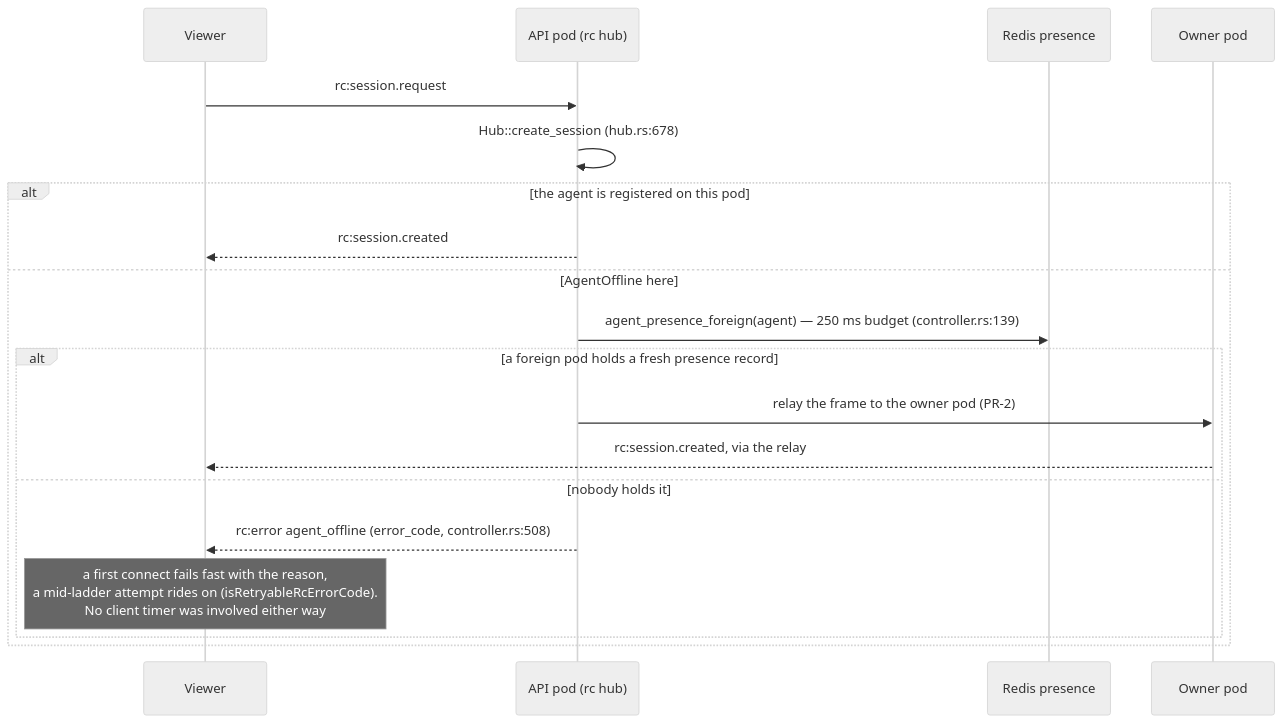
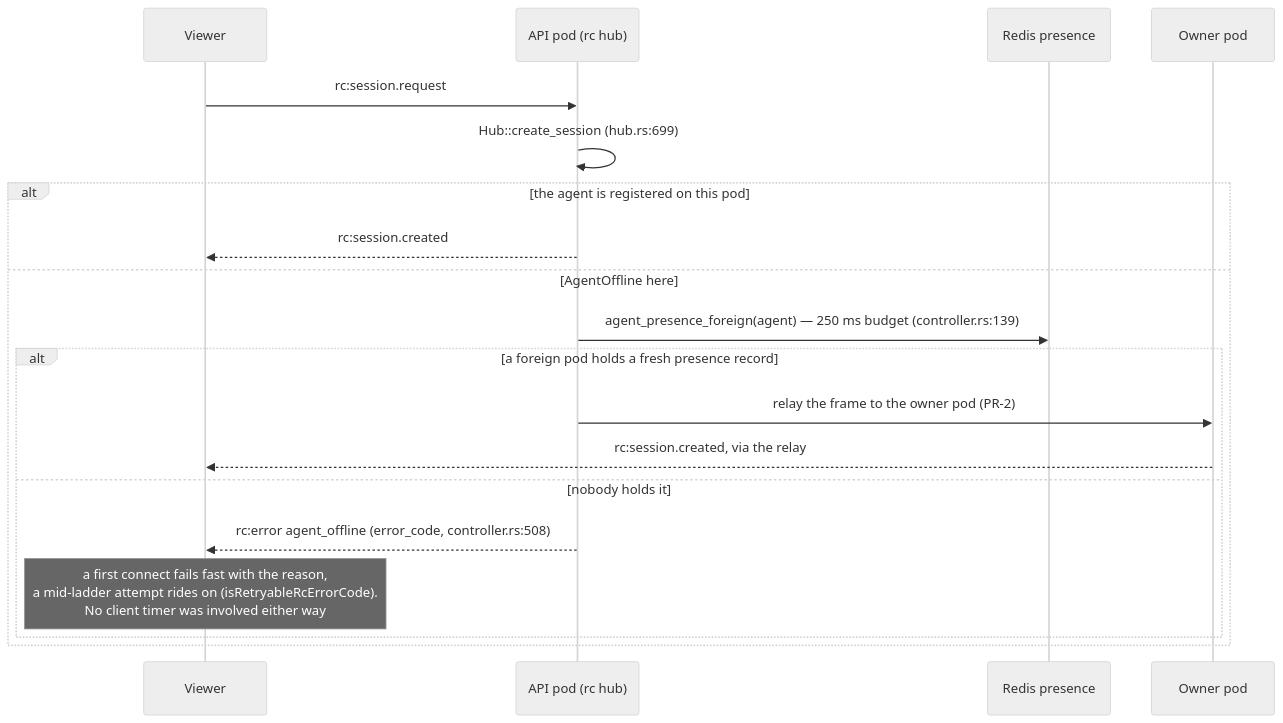
Diagram 17 of 26 in docs/remote-control.md (gjovanov/roomler-ai), drawn with Mermaid (neutral theme) before and after one commit. The commit also changed other lines of this file and 49 other files, not shown here.

````diff
--- a/docs/remote-control.md
+++ b/docs/remote-control.md
@@ -2017,21 +2036,21 @@
 ```mermaid
 sequenceDiagram
     participant V as Viewer
     participant P as API pod (rc hub)
     participant R as Redis presence
     participant O as Owner pod
     V->>P: rc:session.request
-    P->>P: Hub::create_session (hub.rs:678)
+    P->>P: Hub::create_session (hub.rs:699)
     alt the agent is registered on this pod
         P-->>V: rc:session.created
     else AgentOffline here
         P->>R: agent_presence_foreign(agent) — 250 ms budget (controller.rs:139)
         alt a foreign pod holds a fresh presence record
             P->>O: relay the frame to the owner pod (PR-2)
             O-->>V: rc:session.created, via the relay
         else nobody holds it
             P-->>V: rc:error agent_offline (error_code, controller.rs:508)
             Note over V: a first connect fails fast with the reason,<br/>a mid-ladder attempt rides on (isRetryableRcErrorCode).<br/>No client timer was involved either way
         end
     end
 ```
````
